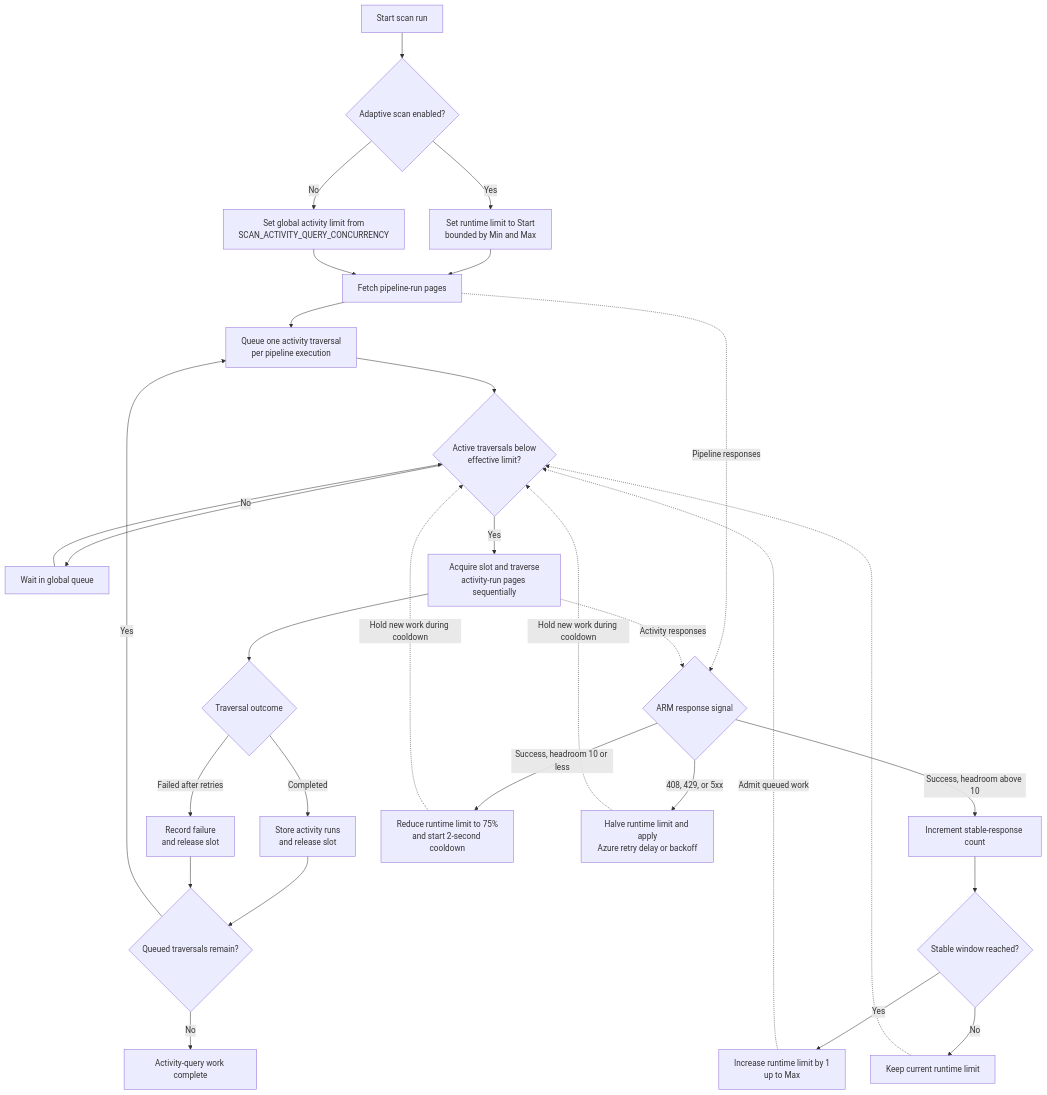
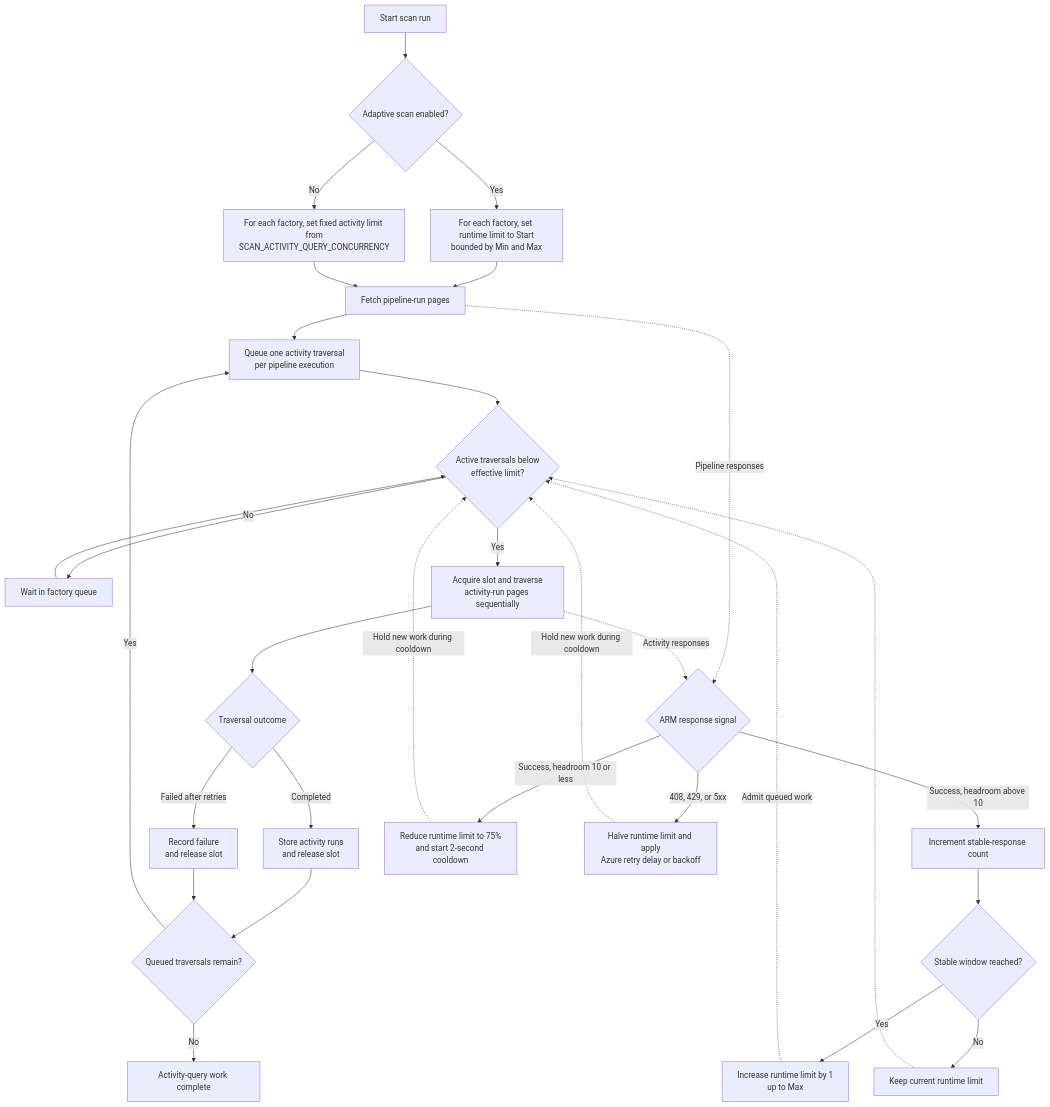
Before and after one commit to Andreas-bersgtedt/ADF-Migration-Planner: the diagram in README.md, drawn with Mermaid. The commit also changed other lines of this file and 7 other files, not shown here.

````diff
--- a/README.md
+++ b/README.md
@@ -332,35 +333,35 @@
 ```mermaid
 flowchart TD
    Start["Start scan run"] --> Mode{"Adaptive scan enabled?"}
-   Mode -->|No| Fixed["Set global activity limit from<br/>SCAN_ACTIVITY_QUERY_CONCURRENCY"]
-   Mode -->|Yes| Initial["Set runtime limit to Start<br/>bounded by Min and Max"]
+   Mode -->|No| Fixed["For each factory, set fixed activity limit from<br/>SCAN_ACTIVITY_QUERY_CONCURRENCY"]
+   Mode -->|Yes| Initial["For each factory, set runtime limit to Start<br/>bounded by Min and Max"]
 
    Initial --> Discover["Fetch pipeline-run pages"]
    Fixed --> Discover
    Discover --> Queue["Queue one activity traversal<br/>per pipeline execution"]
    Queue --> Capacity{"Active traversals below<br/>effective limit?"}
-   Capacity -->|No| Wait["Wait in global queue"]
+   Capacity -->|No| Wait["Wait in factory queue"]
    Wait --> Capacity
    Capacity -->|Yes| Traverse["Acquire slot and traverse<br/>activity-run pages sequentially"]
    Traverse --> Outcome{"Traversal outcome"}
    Outcome -->|Completed| Complete["Store activity runs<br/>and release slot"]
    Outcome -->|Failed after retries| Failed["Record failure<br/>and release slot"]
    Complete --> Next{"Queued traversals remain?"}
    Failed --> Next
    Next -->|Yes| Queue
    Next -->|No| Done["Activity-query work complete"]
 
    Discover -. "Pipeline responses" .-> Response{"ARM response signal"}
    Traverse -. "Activity responses" .-> Response
    Response -->|Success, headroom above 10| Stable["Increment stable-response count"]
    Stable --> Window{"Stable window reached?"}
    Window -->|Yes| Raise["Increase runtime limit by 1<br/>up to Max"]
    Window -->|No| Keep["Keep current runtime limit"]
 
    Response -->|Success, headroom 10 or less| Low["Reduce runtime limit to 75%<br/>and start 2-second cooldown"]
    Response -->|408, 429, or 5xx| Throttle["Halve runtime limit and apply<br/>Azure retry delay or backoff"]
    Raise -. "Admit queued work" .-> Capacity
    Keep -.-> Capacity
    Low -. "Hold new work during cooldown" .-> Capacity
    Throttle -. "Hold new work during cooldown" .-> Capacity
 ```
````
